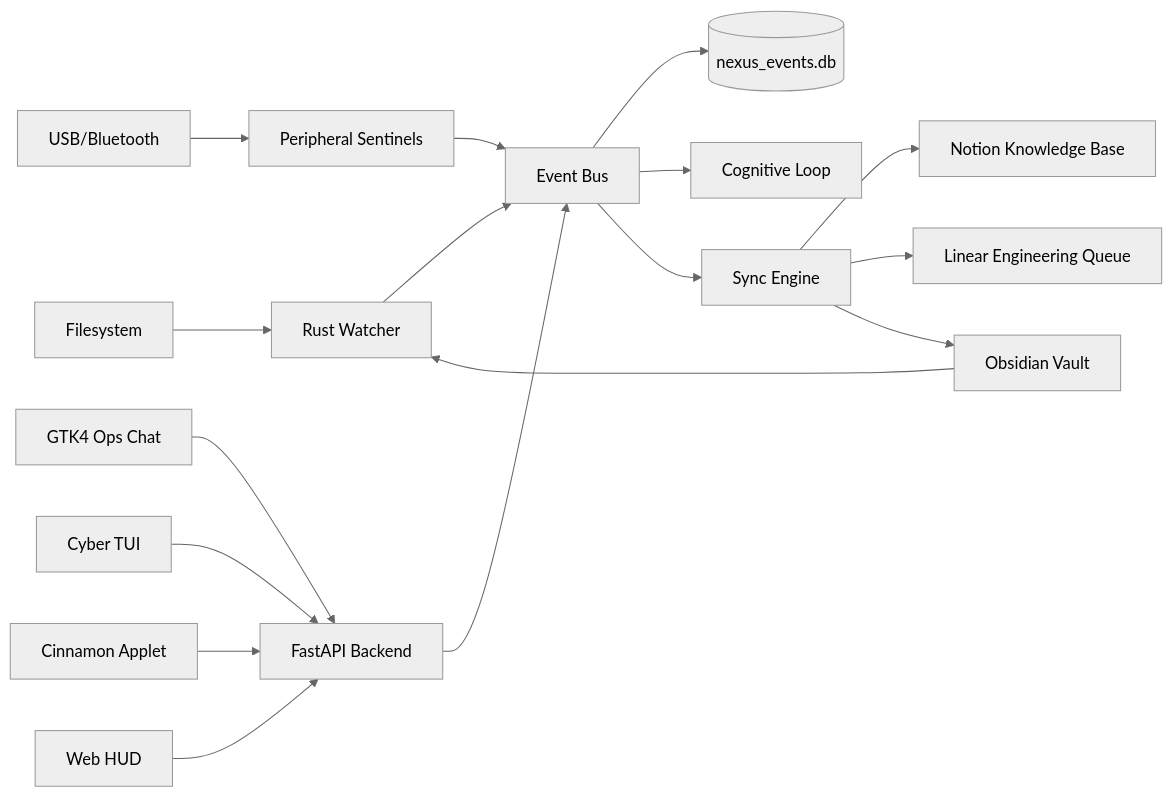
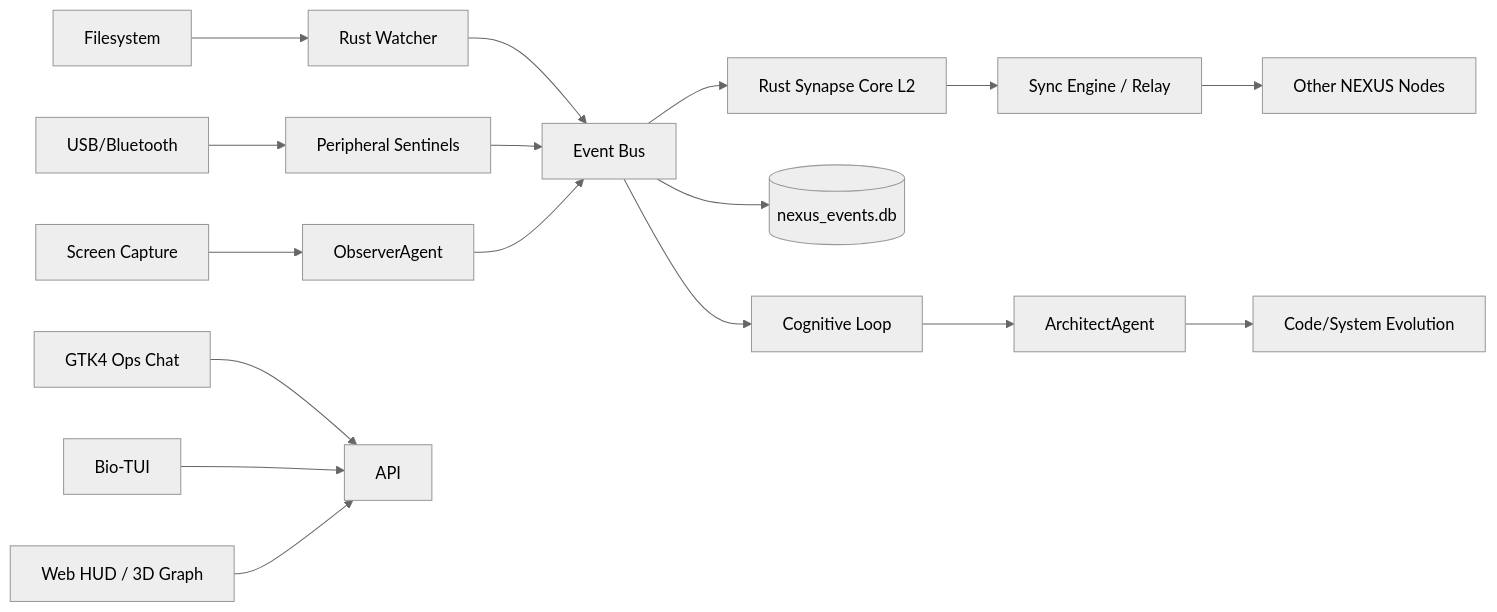
Before and after one commit to zeusinfra/NEXUS: the first of 2 diagrams in docs/NEXUS_SECOND_BRAIN_ARCHITECTURE.md, drawn with Mermaid (neutral theme). The commit also changed 3 other files, not shown here.

Commit message:
docs: update architecture and README for Phase 4 Organic Brain; fix CI workflows

````diff
--- a/docs/NEXUS_SECOND_BRAIN_ARCHITECTURE.md
+++ b/docs/NEXUS_SECOND_BRAIN_ARCHITECTURE.md
@@ -31,23 +31,24 @@
 ```mermaid
 flowchart LR
     FS[Filesystem] --> Watcher[Rust Watcher]
     USB[USB/Bluetooth] --> Sentinel[Peripheral Sentinels]
-    Obsidian[Obsidian Vault] --> Watcher
-
+    Vision[Screen Capture] --> Observer[ObserverAgent]
+    
     Watcher --> EventBus[Event Bus]
     Sentinel --> EventBus
-    API[FastAPI Backend] --> EventBus
-
+    Observer --> EventBus
+    
+    EventBus --> Synapse[Rust Synapse Core L2]
+    Synapse --> Sync[Sync Engine / Relay]
+    Sync --> Ubiquity[Other NEXUS Nodes]
+    
     EventBus --> SQLite[(nexus_events.db)]
     EventBus --> Cognition[Cognitive Loop]
-    EventBus --> Sync[Sync Engine]
-
-    Sync --> Notion[Notion Knowledge Base]
-    Sync --> Linear[Linear Engineering Queue]
-    Sync --> Obsidian
-
+    
+    Cognition --> Architect[ArchitectAgent]
+    Architect --> SelfEvolve[Code/System Evolution]
+    
     GTK[GTK4 Ops Chat] --> API
-    TUI[Cyber TUI] --> API
-    Applet[Cinnamon Applet] --> API
-    HUD[Web HUD] --> API
+    TUI[Bio-TUI] --> API
+    HUD[Web HUD / 3D Graph] --> API
 ```
````
